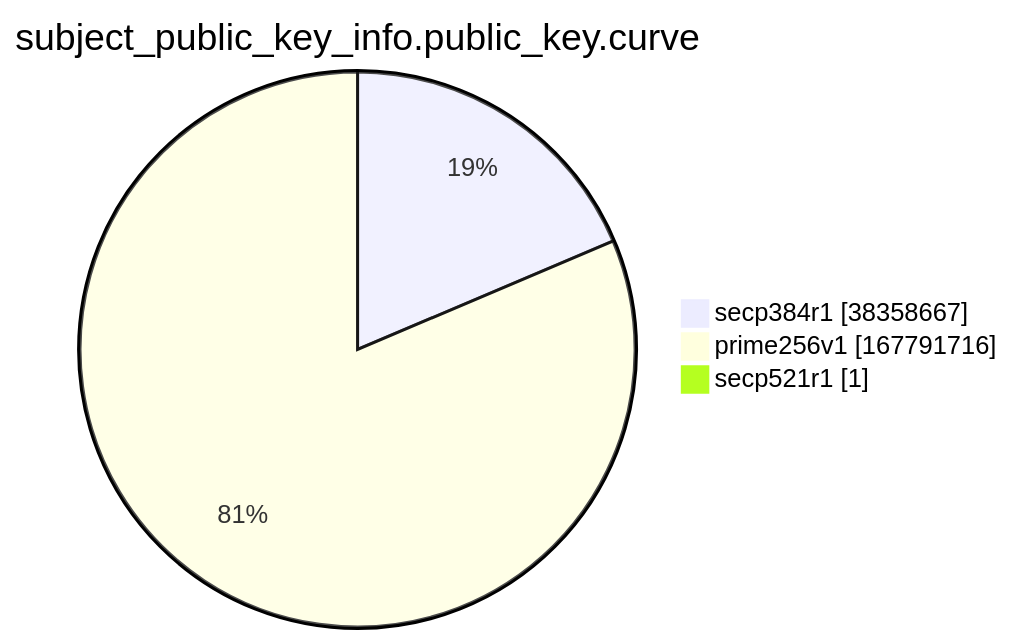
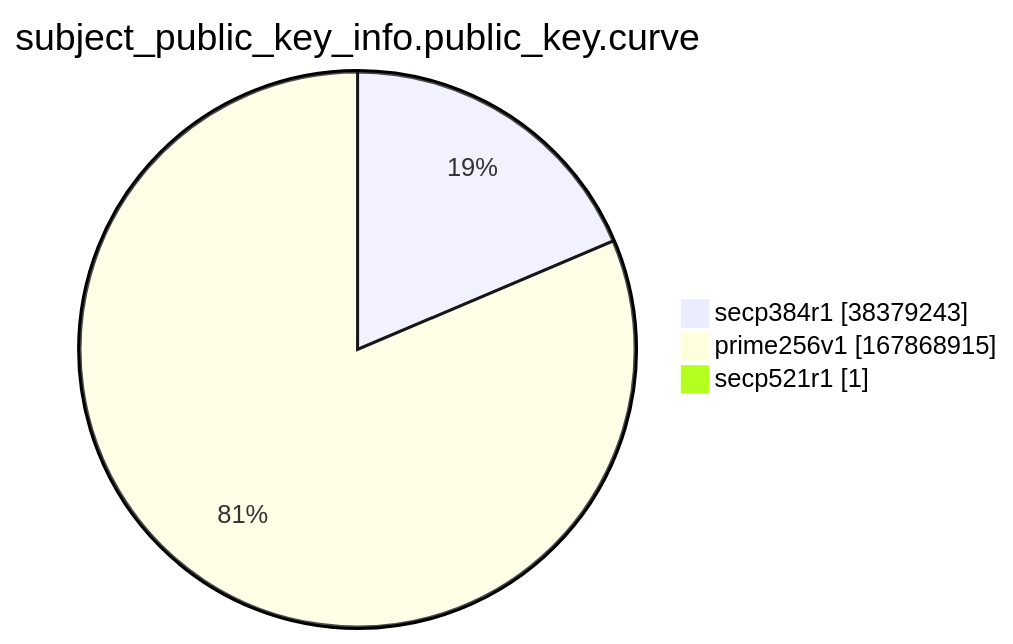
The ninth of 15 diagrams in argon2022/README.md (christiankrug/ctmonitor_visualization), drawn with Mermaid before and after one commit. The commit also changed other lines of this file, not shown here.

````diff
--- a/argon2022/README.md
+++ b/argon2022/README.md
@@ -2766,7 +2766,7 @@
 ```mermaid
 pie showData
 title subject_public_key_info.public_key.curve
-"secp384r1" :38358667
-"prime256v1" :167791716
+"secp384r1" :38379243
+"prime256v1" :167868915
 "secp521r1" :1
 ```
````
